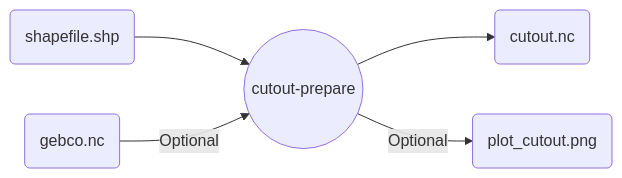
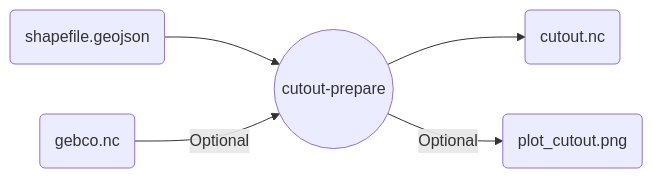
One commit to calliope-project/ec_modules changed the diagram in wrappers/atlite/cutout-prepare/README.md. Above: the diagram before and after it, drawn with Mermaid. The commit also changed 5 other files, not shown here.

````diff
--- a/wrappers/atlite/cutout-prepare/README.md
+++ b/wrappers/atlite/cutout-prepare/README.md
@@ -8,7 +8,7 @@
 ```mermaid
 flowchart LR
-    I1(shapefile.shp) --> W((cutout-prepare))
+    I1(shapefile.geojson) --> W((cutout-prepare))
     I2(gebco.nc) --> |Optional| W
     W --> O1(cutout.nc)
     W --> |Optional|O2(plot_cutout.png)
 ```
````
